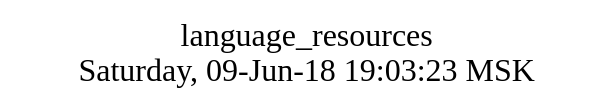
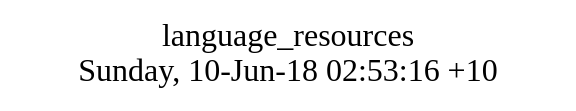
Before and after one commit to AplaProject/apps: the diagram in src/basic/language_resources/struct.dot, drawn with Graphviz. The commit also changed 12 other files, not shown here.

```diff
--- a/src/basic/language_resources/struct.dot
+++ b/src/basic/language_resources/struct.dot
@@ -1,10 +1,8 @@
 digraph G {
-graph [
-  fontsize="24";
-  label="language_resources\nSaturday, 09-Jun-18 19:03:23 MSK";
-  nojustify=true;
-  ordering=out;
-  rankdir=LR;
-  size="30";
-];
+fontsize="24";
+label="language_resources\nSunday, 10-Jun-18 02:53:16 +10";
+nojustify=true;
+ordering=out;
+rankdir=LR;
+size="30";
 }
```
